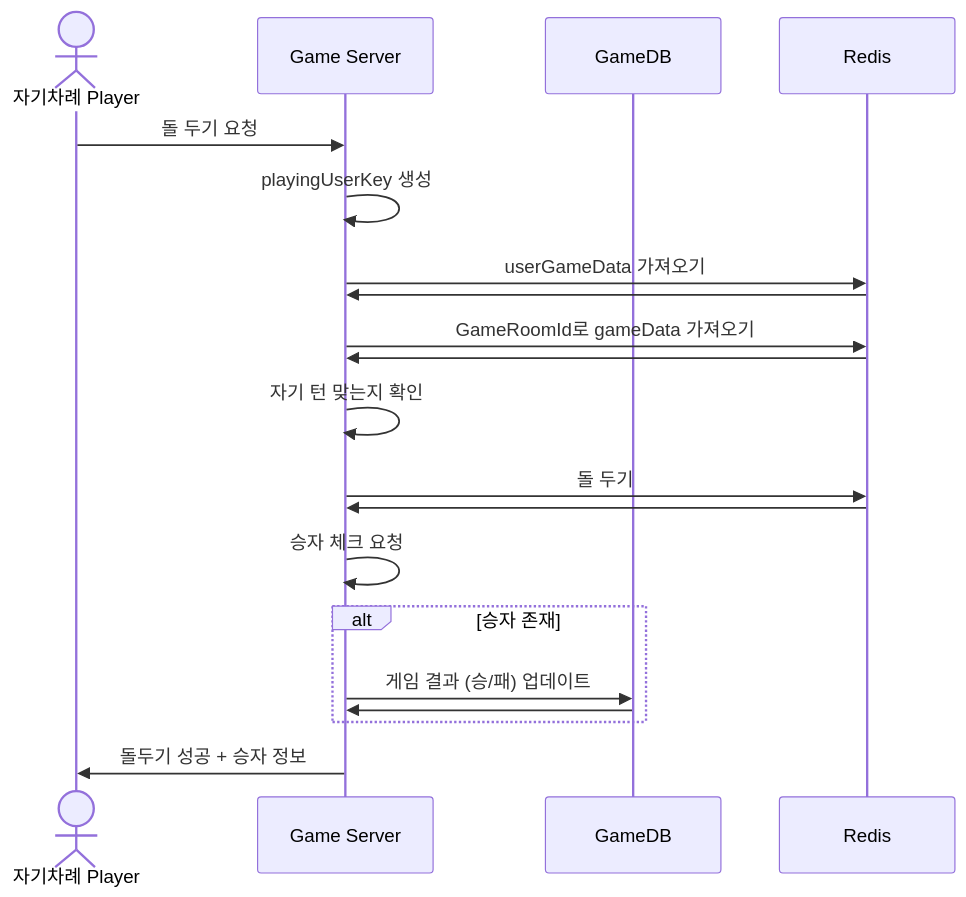
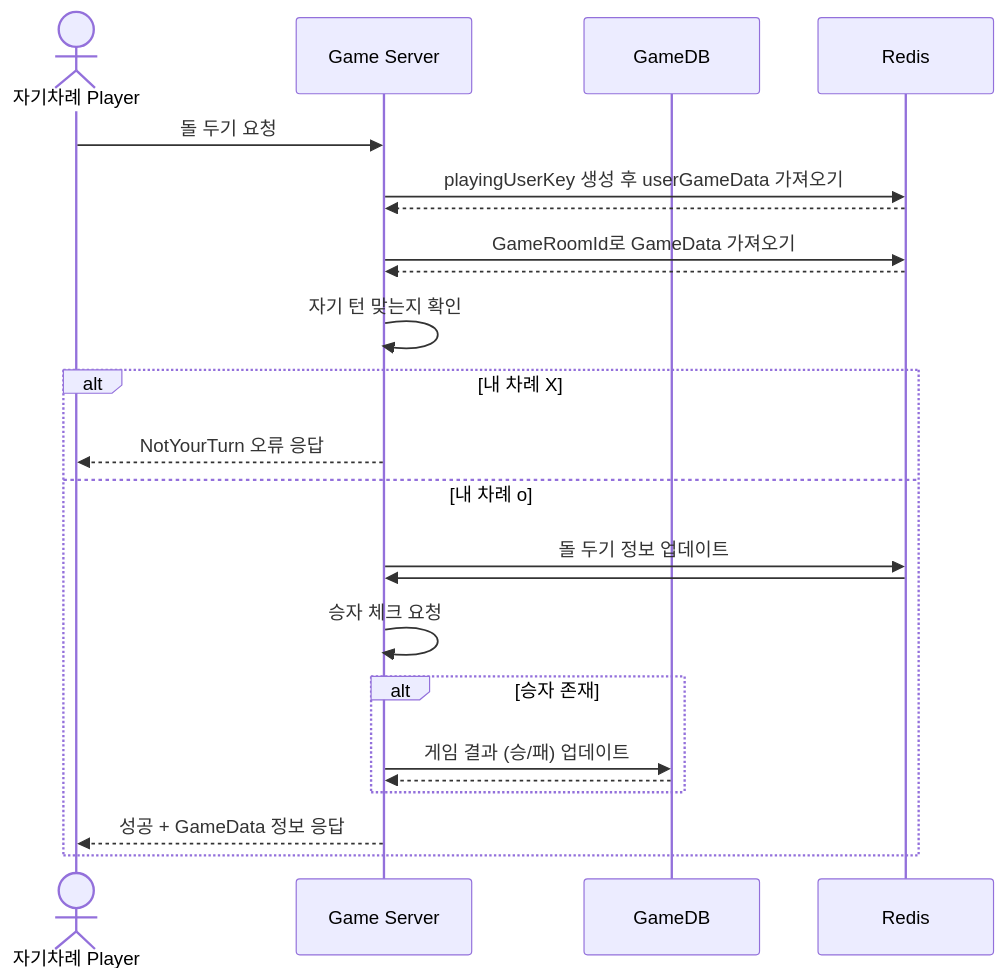
The first of 4 diagrams in SequenceDiagram/GamePlay.md (yujinS0/Omok-Game), drawn with Mermaid before and after one commit.

Commit message:
Update GamePlay.md (Put Omok)

````diff
--- a/SequenceDiagram/GamePlay.md
+++ b/SequenceDiagram/GamePlay.md
@@ -5,28 +5,29 @@
 ```mermaid
 sequenceDiagram
 	actor P as 자기차례 Player
 	participant G as Game Server
 	participant GD as GameDB
   	participant R as Redis
 
 	P ->> G: 돌 두기 요청
-	G ->> G : playingUserKey 생성
- 	G ->> R : userGameData 가져오기
-	R ->> G :  
-  	G ->> R : GameRoomId로 gameData 가져오기
-  	R ->> G: 
+	G ->> R : playingUserKey 생성 후 userGameData 가져오기
+	R -->> G :  
+  	G ->> R : GameRoomId로 GameData 가져오기
+  	R -->> G: 
 
 	G ->> G : 자기 턴 맞는지 확인
-
-	G ->> R : 돌 두기
-	R ->> G :  
-
-	G ->> G : 승자 체크 요청
-	alt 승자 존재
-	  G ->> GD : 게임 결과 (승/패) 업데이트
-	  GD ->> G :   
+	alt 내 차례 X
+		G-->>P: NotYourTurn 오류 응답
+	else 내 차례 o
+		G ->> R : 돌 두기 정보 업데이트
+		R ->> G :  
+	
+		G ->> G : 승자 체크 요청
+		alt 승자 존재
+		  G ->> GD : 게임 결과 (승/패) 업데이트
+		  GD -->> G :   
+		end
+	
+	  	G -->> P : 성공 + GameData 정보 응답
 	end
-
-  	G ->> P : 돌두기 성공 + 승자 정보
-
 ```
````
